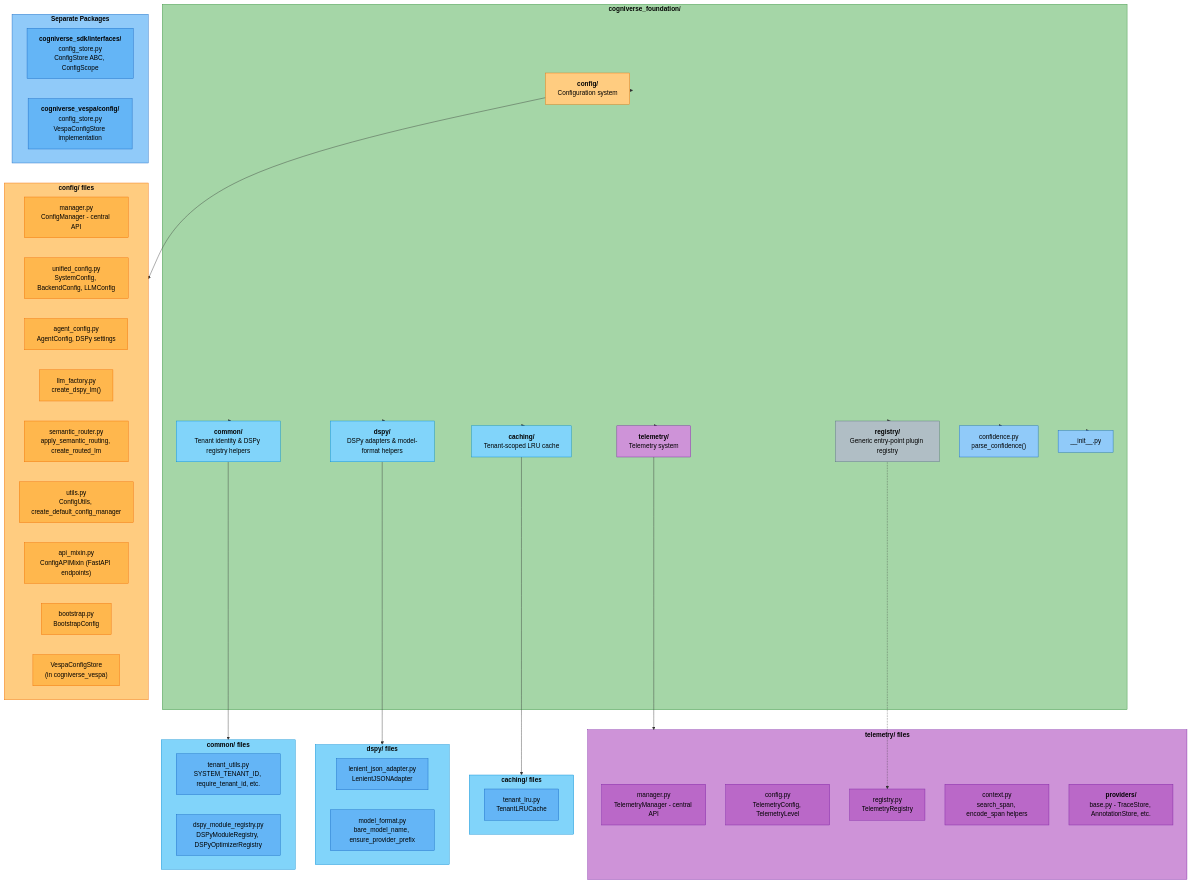
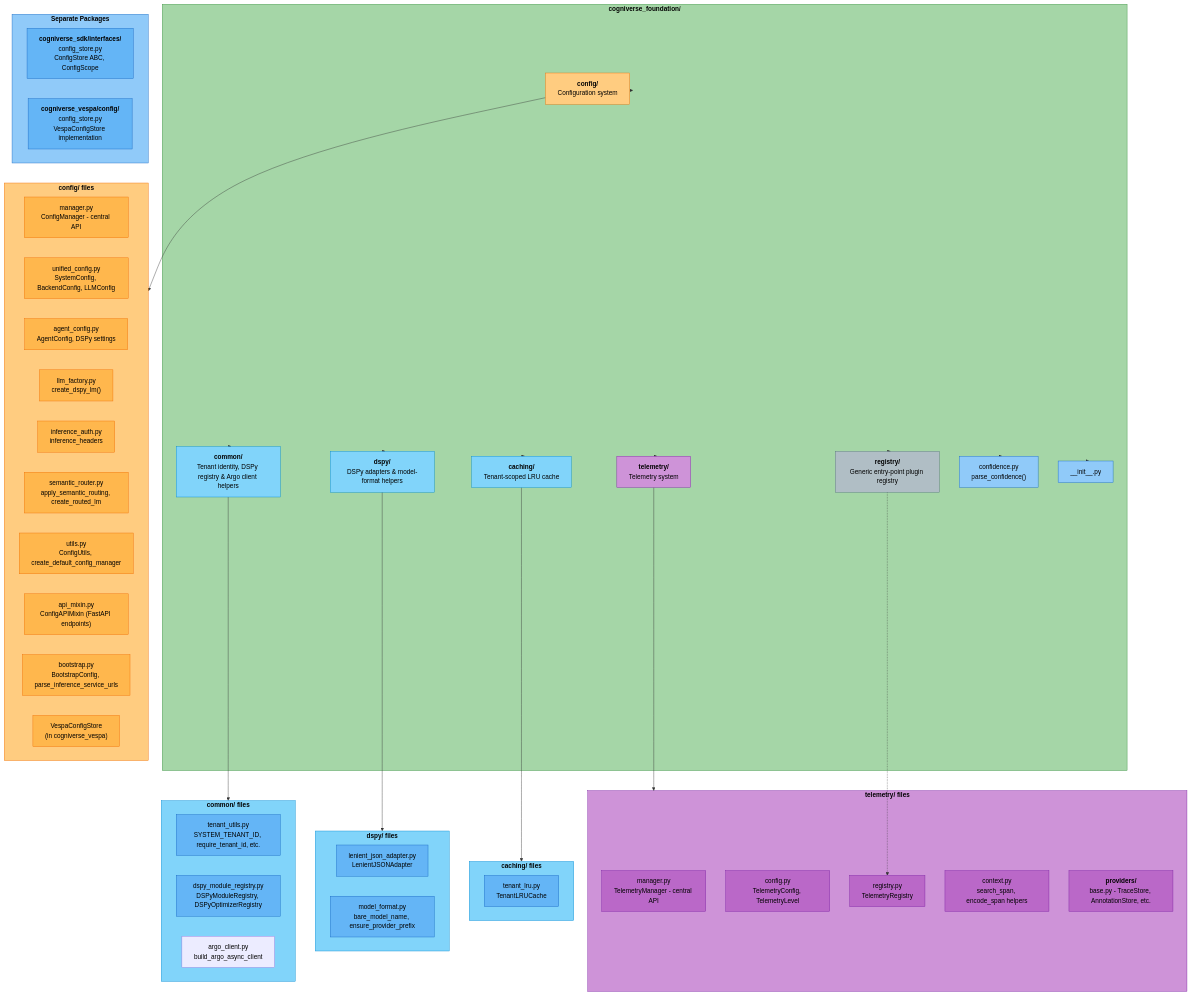
Before and after one commit to amit-jain/cogniverse: the first of 3 diagrams in docs/modules/foundation.md, drawn with Mermaid. The commit also changed other lines of this file and 292 other files, not shown here.

```diff
--- a/docs/modules/foundation.md
+++ b/docs/modules/foundation.md
@@ -55,7 +55,7 @@
         RegistryDir["<span style='color:#000'><b>registry/</b><br/>Generic entry-point plugin registry</span>"]
         CachingDir["<span style='color:#000'><b>caching/</b><br/>Tenant-scoped LRU cache</span>"]
         DspyDir["<span style='color:#000'><b>dspy/</b><br/>DSPy adapters &amp; model-format helpers</span>"]
-        CommonDir["<span style='color:#000'><b>common/</b><br/>Tenant identity &amp; DSPy registry helpers</span>"]
+        CommonDir["<span style='color:#000'><b>common/</b><br/>Tenant identity, DSPy registry &amp; Argo client helpers</span>"]
         ConfidencePy["<span style='color:#000'>confidence.py<br/>parse_confidence()</span>"]
         InitPy["<span style='color:#000'>__init__.py</span>"]
     end
@@ -65,10 +65,11 @@
         UnifiedConfigFile["<span style='color:#000'>unified_config.py<br/>SystemConfig, BackendConfig, LLMConfig</span>"]
         AgentConfigFile["<span style='color:#000'>agent_config.py<br/>AgentConfig, DSPy settings</span>"]
         LlmFactory["<span style='color:#000'>llm_factory.py<br/>create_dspy_lm()</span>"]
+        InferenceAuth["<span style='color:#000'>inference_auth.py<br/>inference_headers</span>"]
         SemanticRouterFile["<span style='color:#000'>semantic_router.py<br/>apply_semantic_routing, create_routed_lm</span>"]
         Utils["<span style='color:#000'>utils.py<br/>ConfigUtils, create_default_config_manager</span>"]
         ApiMixin["<span style='color:#000'>api_mixin.py<br/>ConfigAPIMixin (FastAPI endpoints)</span>"]
-        Bootstrap["<span style='color:#000'>bootstrap.py<br/>BootstrapConfig</span>"]
+        Bootstrap["<span style='color:#000'>bootstrap.py<br/>BootstrapConfig, parse_inference_service_urls</span>"]
         VespaStore["<span style='color:#000'>VespaConfigStore<br/>(in cogniverse_vespa)</span>"]
     end
 
@@ -92,6 +93,7 @@
     subgraph CommonFiles["<span style='color:#000'><b>common/ files</b></span>"]
         TenantUtilsFile["<span style='color:#000'>tenant_utils.py<br/>SYSTEM_TENANT_ID, require_tenant_id, etc.</span>"]
         DspyModuleRegistryFile["<span style='color:#000'>dspy_module_registry.py<br/>DSPyModuleRegistry, DSPyOptimizerRegistry</span>"]
+        ArgoClientFile["<span style='color:#000'>argo_client.py<br/>build_argo_async_client</span>"]
     end
 
     subgraph SeparatePackages["<span style='color:#000'><b>Separate Packages</b></span>"]
@@ -134,6 +136,7 @@
     style UnifiedConfigFile fill:#ffb74d,stroke:#ef6c00,color:#000
     style AgentConfigFile fill:#ffb74d,stroke:#ef6c00,color:#000
     style LlmFactory fill:#ffb74d,stroke:#ef6c00,color:#000
+    style InferenceAuth fill:#ffb74d,stroke:#ef6c00,color:#000
     style SemanticRouterFile fill:#ffb74d,stroke:#ef6c00,color:#000
     style Utils fill:#ffb74d,stroke:#ef6c00,color:#000
     style ApiMixin fill:#ffb74d,stroke:#ef6c00,color:#000
```
